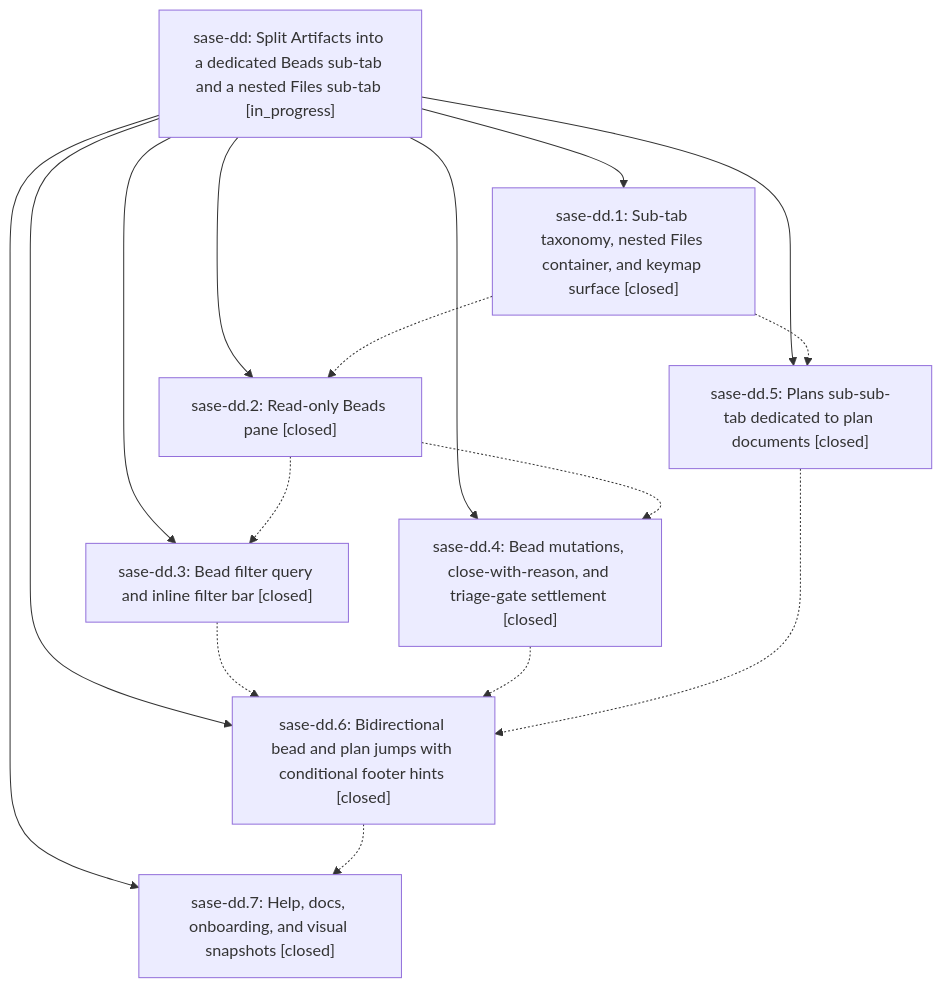
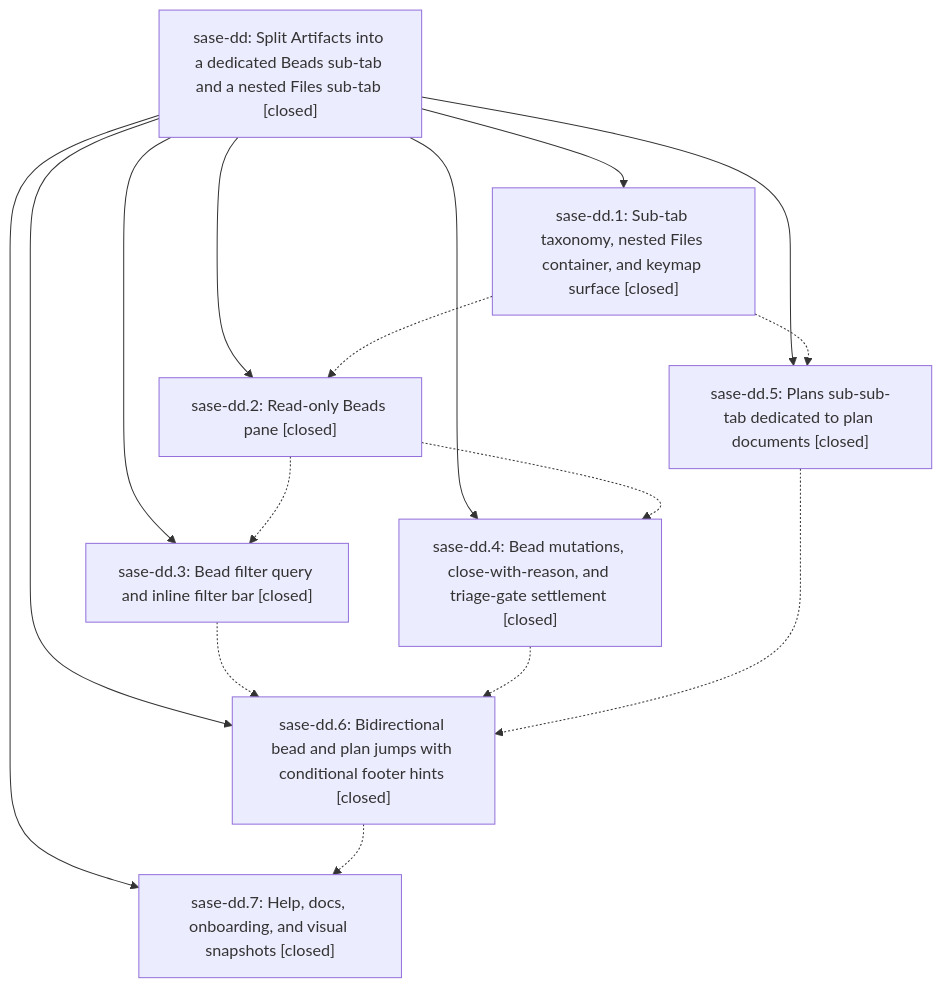
The diagram in pages/sase-dd/README.md (sase-org/sase--beads), drawn with Mermaid before and after one commit. The commit also changed other lines of this file, not shown here.

First line of the commit message:
chore(beads): sync bead state and pages for sase-dd

````diff
--- a/pages/sase-dd/README.md
+++ b/pages/sase-dd/README.md
@@ -28,26 +32,26 @@
 ```mermaid
 flowchart TD
-    n0["sase-dd: Split Artifacts into a dedicated Beads sub-tab and a nested Files sub-tab [in_progress]"]
+    n0["sase-dd: Split Artifacts into a dedicated Beads sub-tab and a nested Files sub-tab [closed]"]
     n1["sase-dd.1: Sub-tab taxonomy, nested Files container, and keymap surface [closed]"]
     n2["sase-dd.2: Read-only Beads pane [closed]"]
     n3["sase-dd.3: Bead filter query and inline filter bar [closed]"]
     n4["sase-dd.4: Bead mutations, close-with-reason, and triage-gate settlement [closed]"]
     n5["sase-dd.5: Plans sub-sub-tab dedicated to plan documents [closed]"]
     n6["sase-dd.6: Bidirectional bead and plan jumps with conditional footer hints [closed]"]
     n7["sase-dd.7: Help, docs, onboarding, and visual snapshots [closed]"]
     n0 --> n1
     n0 --> n2
     n0 --> n3
     n0 --> n4
     n0 --> n5
     n0 --> n6
     n0 --> n7
     n1 -.-> n2
     n1 -.-> n5
     n2 -.-> n3
     n2 -.-> n4
     n3 -.-> n6
     n4 -.-> n6
     n5 -.-> n6
     n6 -.-> n7
 ```
````
